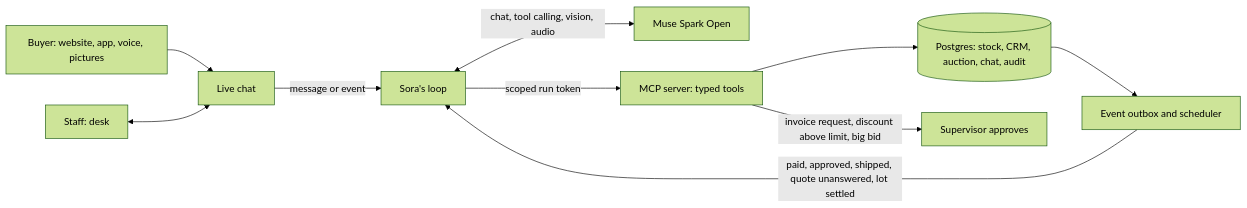
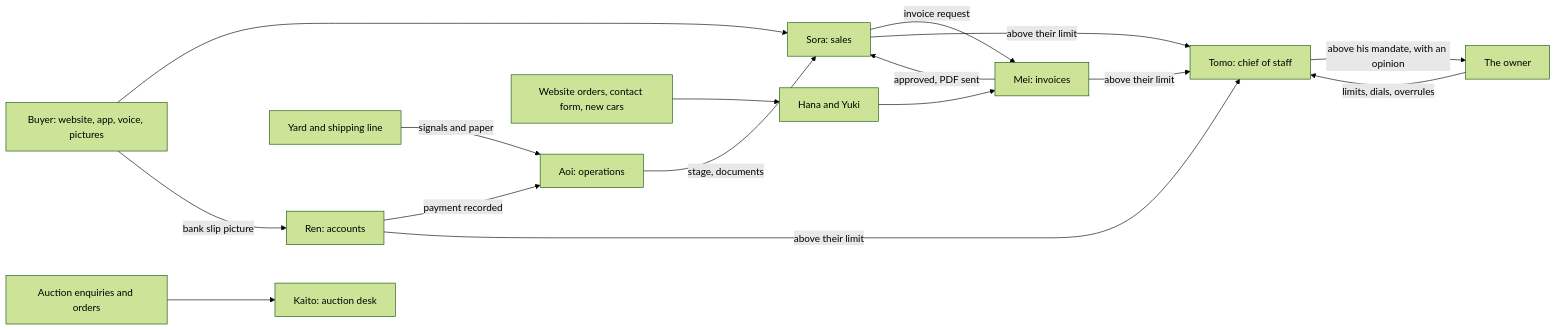
The diagram in README.md (my5757980/meta-global-hackathone), drawn with Mermaid (forest theme) before and after one commit. The commit also changed other lines of this file and 81 other files, not shown here.

First line of the commit message:
Digital workforce: eight FTEs run the sale from first chat to delivery

````diff
--- a/README.md
+++ b/README.md
@@ -48,12 +75,16 @@
 ```mermaid
 flowchart LR
-    B[Buyer: website, app, voice, pictures] --> C[Live chat]
-    S[Staff: desk] <--> C
-    C -->|message or event| A[Sora's loop]
-    A <-->|chat, tool calling, vision, audio| M[Muse Spark Open]
-    A -->|scoped run token| T[MCP server: typed tools]
-    T --> D[(Postgres: stock, CRM, auction, chat, audit)]
-    T -->|invoice request, discount above limit, big bid| P[Supervisor approves]
-    D --> E[Event outbox and scheduler]
-    E -->|paid, approved, shipped, quote unanswered, lot settled| A
+    B[Buyer: website, app, voice, pictures] --> S[Sora: sales]
+    S -->|invoice request| M[Mei: invoices]
+    M -->|approved, PDF sent| S
+    B -->|bank slip picture| R[Ren: accounts]
+    R -->|payment recorded| O[Aoi: operations]
+    Y[Yard and shipping line] -->|signals and paper| O
+    O -->|stage, documents| S
+    W[Website orders, contact form, new cars] --> H[Hana and Yuki]
+    H --> M
+    A[Auction enquiries and orders] --> K[Kaito: auction desk]
+    M & R & S -->|above their limit| T[Tomo: chief of staff]
+    T -->|above his mandate, with an opinion| OW[The owner]
+    OW -->|limits, dials, overrules| T
 ```
````
